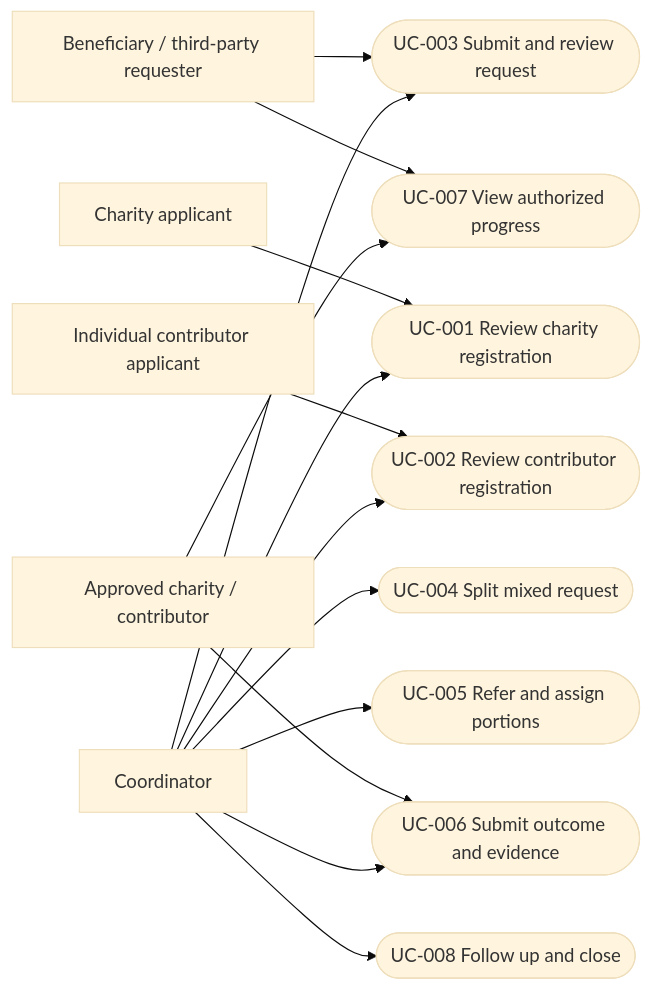
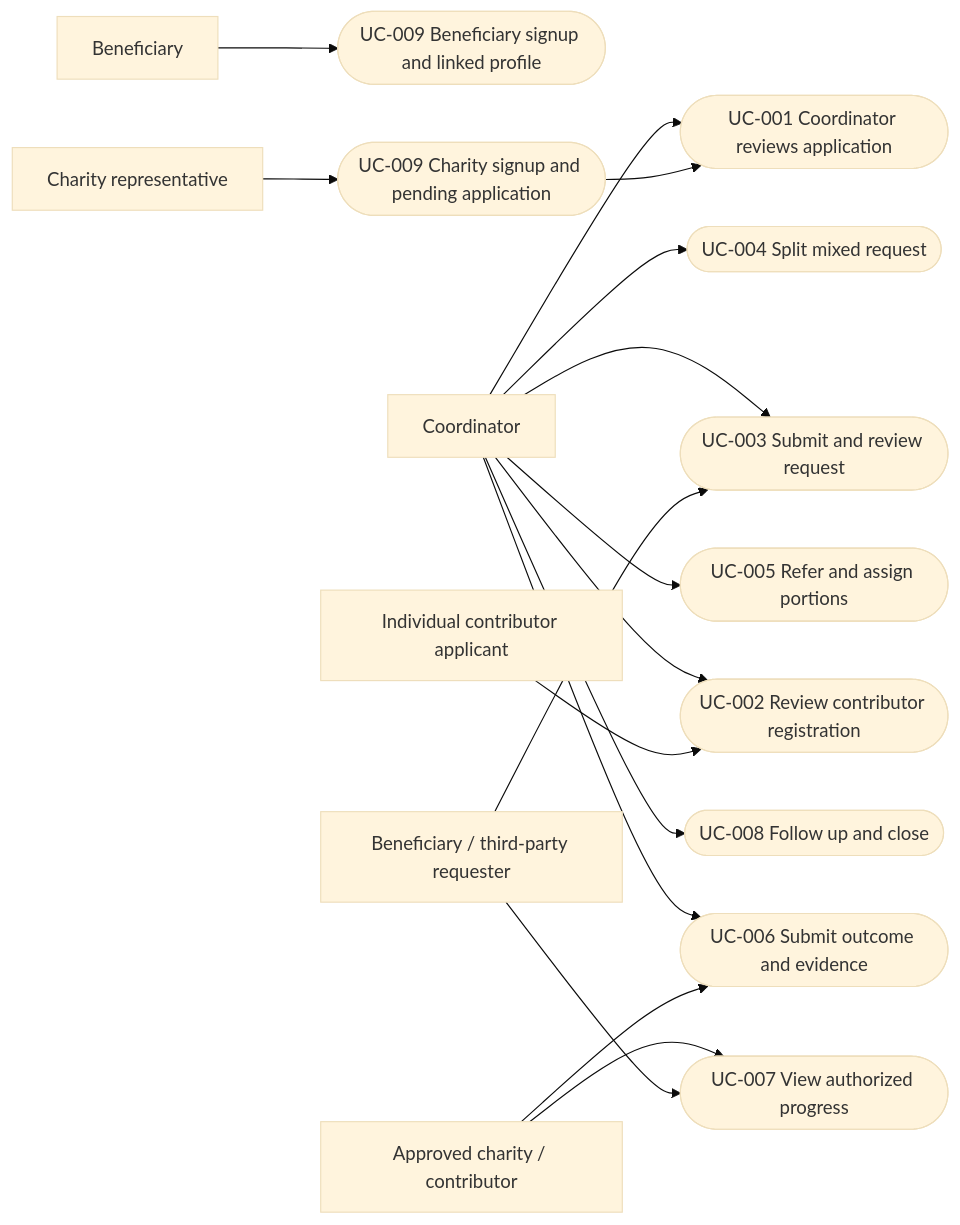
Before and after one commit to Bola-j/Helping-Hands: the second of 9 diagrams in docs/models.md, drawn with Mermaid (base theme). The commit also changed other lines of this file and 12 other files, not shown here.

Commit message:
docs: align P1-09 signup contract and roadmap

````diff
--- a/docs/models.md
+++ b/docs/models.md
@@ -21,16 +23,18 @@
 ```mermaid
 flowchart LR
+ beneficiary[Beneficiary] --> beneficiarySignup([UC-009 Beneficiary signup and linked profile])
+ charity[Charity representative] --> charitySignup([UC-009 Charity signup and pending application])
+ charitySignup --> charityReview([UC-001 Coordinator reviews application])
+ coordinator[Coordinator] --> charityReview
  requester[Beneficiary / third-party requester] --> submit([UC-003 Submit and review request])
- coordinator[Coordinator] --> submit
- charity[Charity applicant] --> registration([UC-001 Review charity registration])
- coordinator --> registration
+ coordinator --> submit
  individual[Individual contributor applicant] --> contributor([UC-002 Review contributor registration])
  coordinator --> contributor
  coordinator --> review([UC-004 Split mixed request])
  coordinator --> assign([UC-005 Refer and assign portions])
  provider[Approved charity / contributor] --> outcome([UC-006 Submit outcome and evidence])
  coordinator --> outcome
  coordinator --> follow([UC-008 Follow up and close])
  requester --> progress([UC-007 View authorized progress])
  provider --> progress
 ```
````
